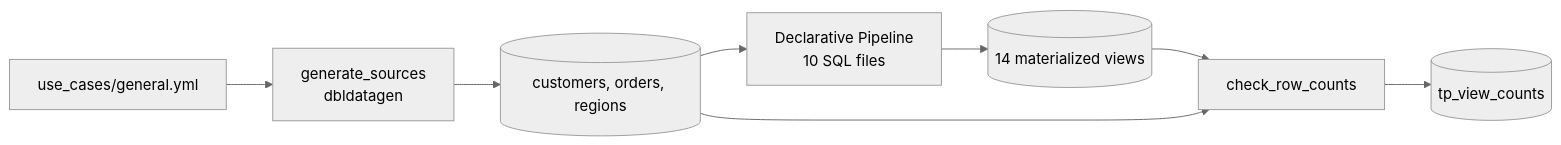
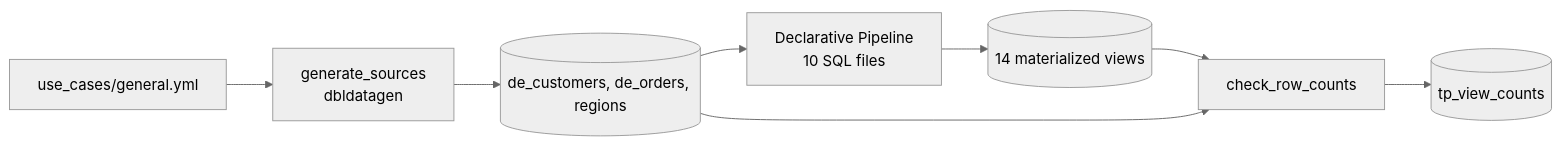
The diagram in reference/data-engineering/guides/transformation-patterns.md (pengbricks/pengbricks-app-capabilities-walkthrough), drawn with Mermaid (neutral theme) before and after one commit. The commit also changed 207 other files, not shown here.

First line of the commit message:
Move every reference bundle to one shared schema

````diff
--- a/reference/data-engineering/guides/transformation-patterns.md
+++ b/reference/data-engineering/guides/transformation-patterns.md
@@ -24,10 +24,10 @@
 ```mermaid
 flowchart LR
   spec[use_cases/general.yml] --> gen[generate_sources<br/>dbldatagen]
-  gen --> src[(customers, orders, regions)]
+  gen --> src[(de_customers, de_orders, regions)]
   src --> pipe[Declarative Pipeline<br/>10 SQL files]
   pipe --> mv[(14 materialized views)]
   mv --> chk[check_row_counts]
   src --> chk
   chk --> out[(tp_view_counts)]
 ```
````
